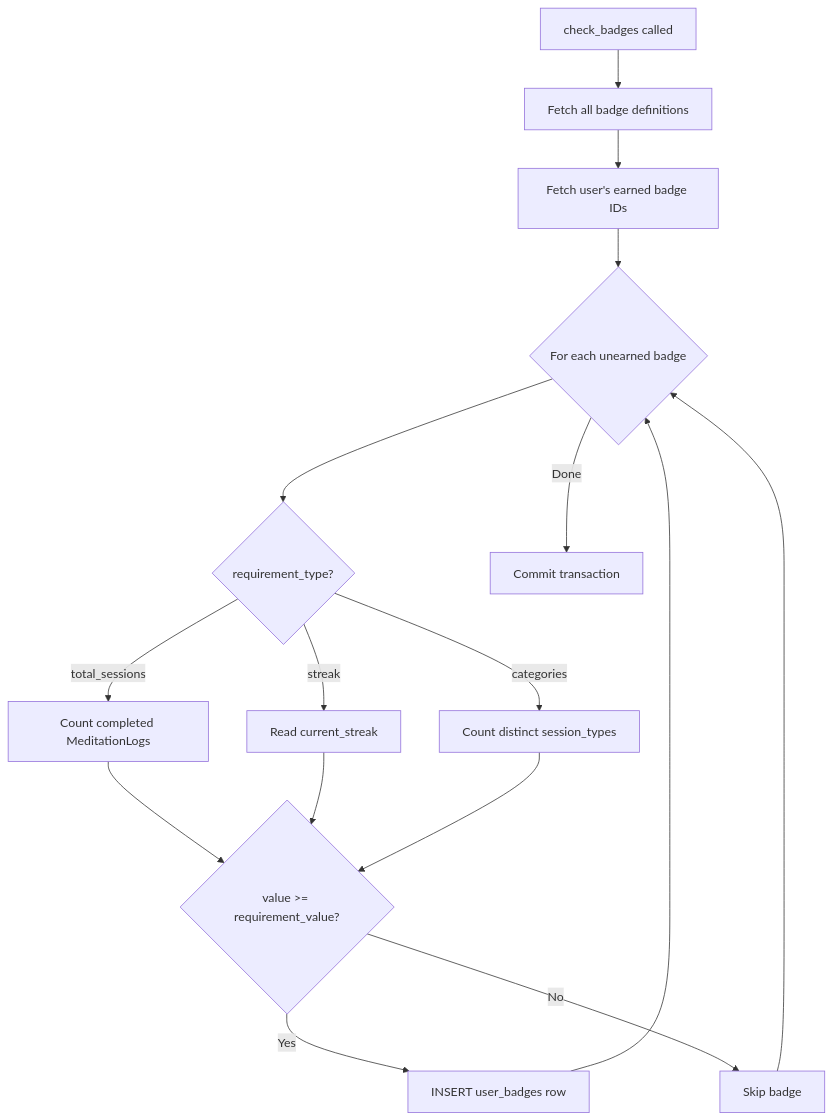
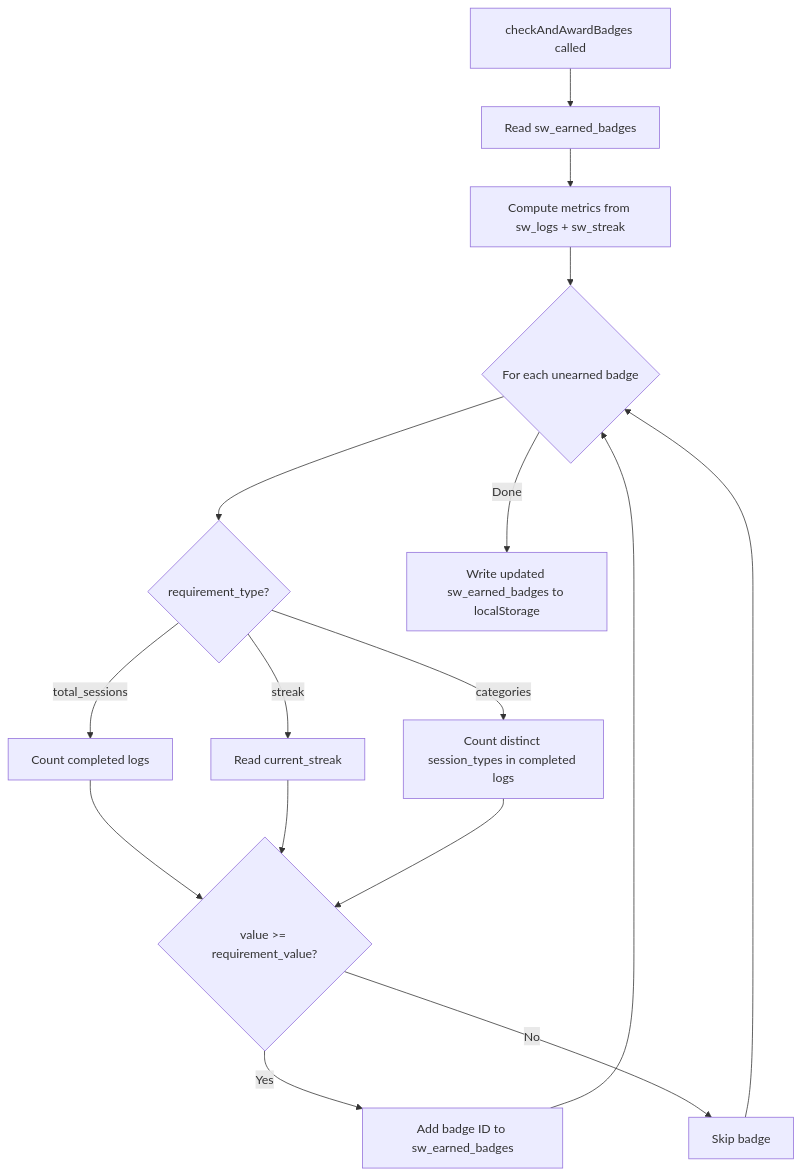
The third of 5 diagrams in docs/architecture/05-progress-system.md (5x5x5x5/stillwater), drawn with Mermaid before and after one commit. The commit also changed other lines of this file and 65 other files, not shown here.

First line of the commit message:
Eliminate backend: replace FastAPI/SQLite with localStorage-only React app

````diff
--- a/docs/architecture/05-progress-system.md
+++ b/docs/architecture/05-progress-system.md
@@ -92,24 +84,24 @@
 ```mermaid
 flowchart TD
-    START[check_badges called] --> FETCH_ALL[Fetch all badge definitions]
-    FETCH_ALL --> FETCH_EARNED[Fetch user's earned badge IDs]
-    FETCH_EARNED --> LOOP{For each unearned badge}
+    START[checkAndAwardBadges called] --> FETCH_EARNED[Read sw_earned_badges]
+    FETCH_EARNED --> METRICS[Compute metrics from sw_logs + sw_streak]
+    METRICS --> LOOP{For each unearned badge}
 
     LOOP --> TYPE{requirement_type?}
 
-    TYPE -->|total_sessions| TS[Count completed MeditationLogs]
+    TYPE -->|total_sessions| TS[Count completed logs]
     TYPE -->|streak| SK[Read current_streak]
-    TYPE -->|categories| CT[Count distinct session_types]
+    TYPE -->|categories| CT[Count distinct session_types in completed logs]
 
     TS --> CMP{value >= requirement_value?}
     SK --> CMP
     CT --> CMP
 
-    CMP -->|Yes| AWARD[INSERT user_badges row]
+    CMP -->|Yes| AWARD[Add badge ID to sw_earned_badges]
     CMP -->|No| SKIP[Skip badge]
 
     AWARD --> LOOP
     SKIP --> LOOP
 
-    LOOP -->|Done| COMMIT[Commit transaction]
+    LOOP -->|Done| WRITE[Write updated sw_earned_badges to localStorage]
 ```
````
